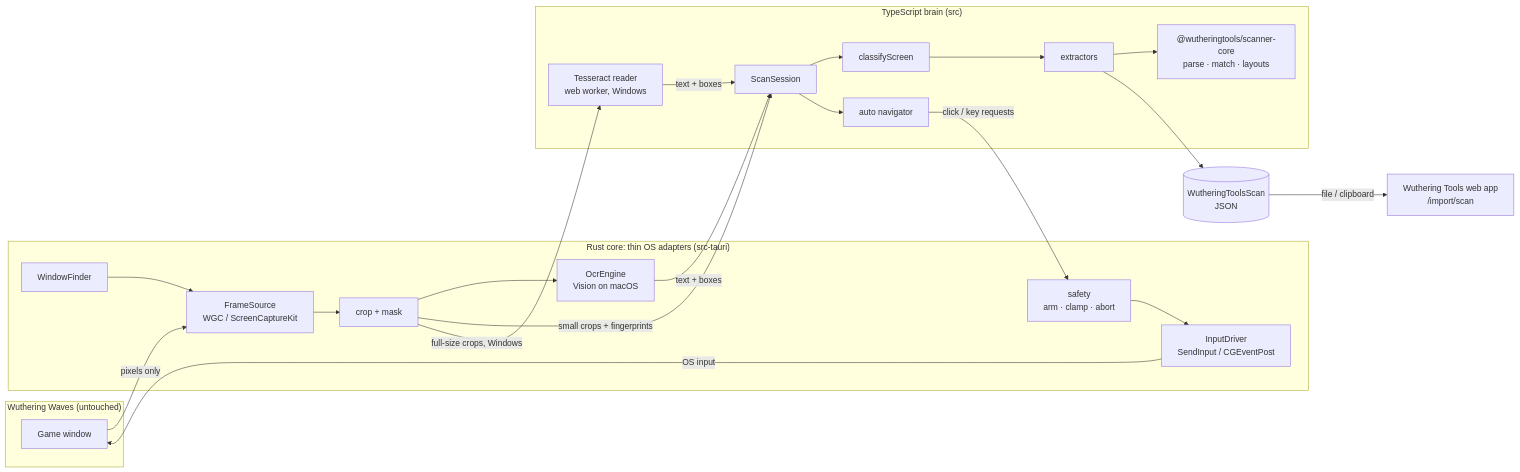
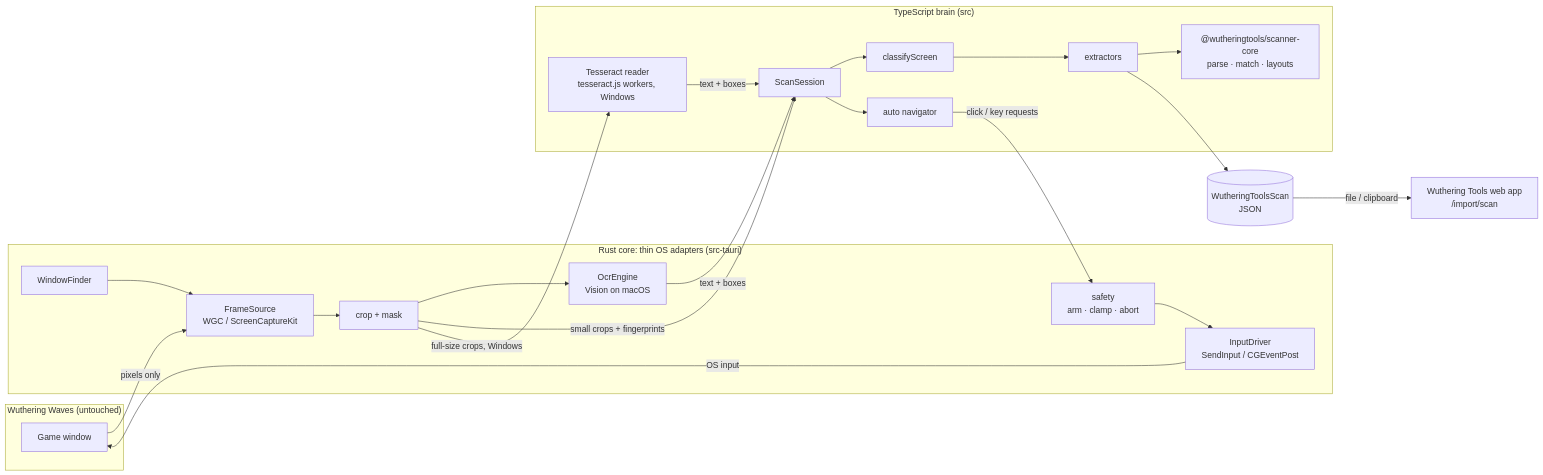
Before and after one commit to wavescan/wavescan: the first of 2 diagrams in docs/architecture.md, drawn with Mermaid. The commit also changed other lines of this file and 7 other files, not shown here.

````diff
--- a/docs/architecture.md
+++ b/docs/architecture.md
@@ -11,36 +11,36 @@
 ```mermaid
 flowchart LR
   subgraph Game["Wuthering Waves (untouched)"]
     GW[Game window]
   end
 
   subgraph Rust["Rust core: thin OS adapters (src-tauri)"]
     WF[WindowFinder]
     FS[FrameSource<br/>WGC / ScreenCaptureKit]
     CR[crop + mask]
     OCR[OcrEngine<br/>Vision on macOS]
     IN[InputDriver<br/>SendInput / CGEventPost]
     SF[safety<br/>arm · clamp · abort]
   end
 
   subgraph TS["TypeScript brain (src)"]
     SS[ScanSession]
     CL[classifyScreen]
     EX[extractors]
     NAV[auto navigator]
-    TESS[Tesseract reader<br/>web worker, Windows]
+    TESS[Tesseract reader<br/>tesseract.js workers, Windows]
     CORE["@wutheringtools/scanner-core<br/>parse · match · layouts"]
   end
 
   OUT[(WutheringToolsScan<br/>JSON)]
   WEB[Wuthering Tools web app<br/>/import/scan]
 
   GW -- pixels only --> FS
   WF --> FS --> CR --> OCR
   CR -- small crops + fingerprints --> SS
   OCR -- text + boxes --> SS
   CR -- full-size crops, Windows --> TESS -- text + boxes --> SS
   SS --> CL --> EX --> CORE
   SS --> NAV -- click / key requests --> SF --> IN -- OS input --> GW
   EX --> OUT -- file / clipboard --> WEB
 ```
````
